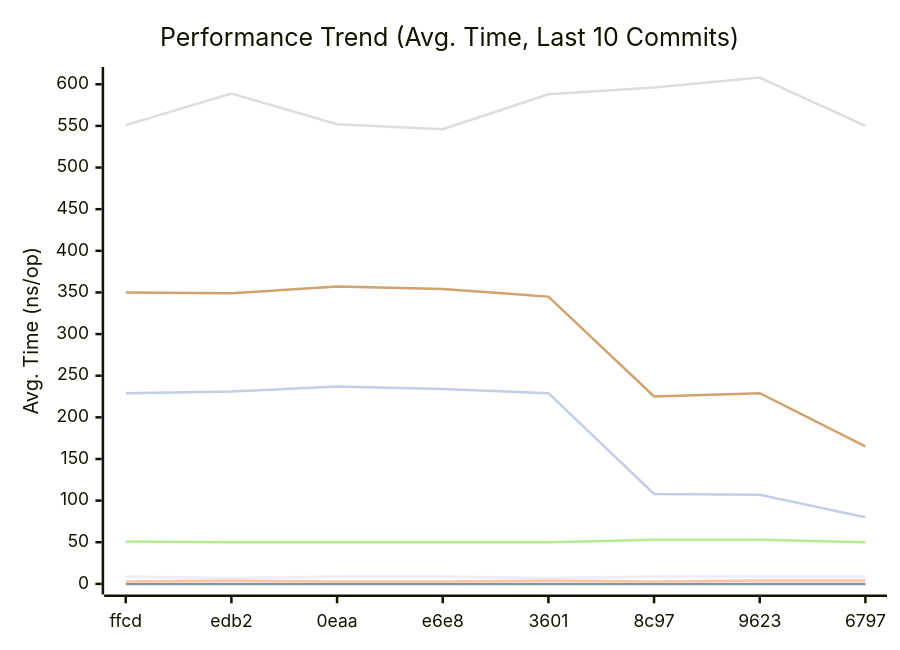
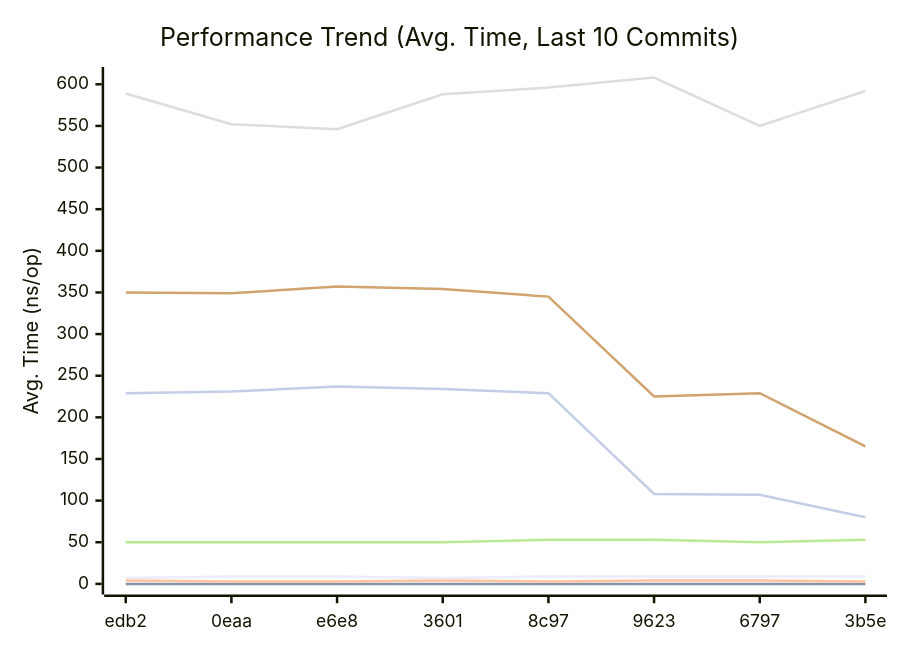
One commit to alsotoes/momo changed the first of 3 diagrams in docs/README.md. Above: the diagram before and after it, drawn with Mermaid. The commit also changed other lines of this file and 1 other file, not shown here.

````diff
--- a/docs/README.md
+++ b/docs/README.md
@@ -303,14 +303,14 @@
 ```mermaid
 xychart-beta
     title "Performance Trend (Avg. Time, Last 10 Commits)"
     x-axis "Commit"
     y-axis "Avg. Time (ns/op)"
-    x-axis [ffcd,edb2,0eaa,e6e8,3601,8c97,9623,6797]
-    line "CheckMetricsAndSwap" [9,7,9,9,7,9,9,9,9,9]
+    x-axis [edb2,0eaa,e6e8,3601,8c97,9623,6797,3b5e]
+    line "CheckMetricsAndSwap" [7,9,9,7,9,9,9,9,9,9]
     line "IndexDirectTracking" [0,0,0,0,0,0,0,0,0,0]
-    line "IndexSearch" [3,4,3,3,4,3,4,4,3,3]
-    line "LoadGlobalConfig" [551,589,552,546,588,596,608,550,592,587]
-    line "PadString" [51,50,50,50,50,53,53,50,53,53]
+    line "IndexSearch" [4,3,3,4,3,4,4,3,3,2]
+    line "LoadGlobalConfig" [589,552,546,588,596,608,550,592,587,587]
+    line "PadString" [50,50,50,50,53,53,50,53,53,53]
     line "ParseReplicationOrder_NoPrealloc" [350,349,357,354,345,225,229,165,232,234]
     line "ParseReplicationOrder_Prealloc" [229,231,237,234,229,108,107,80,110,109]
 ```
````
